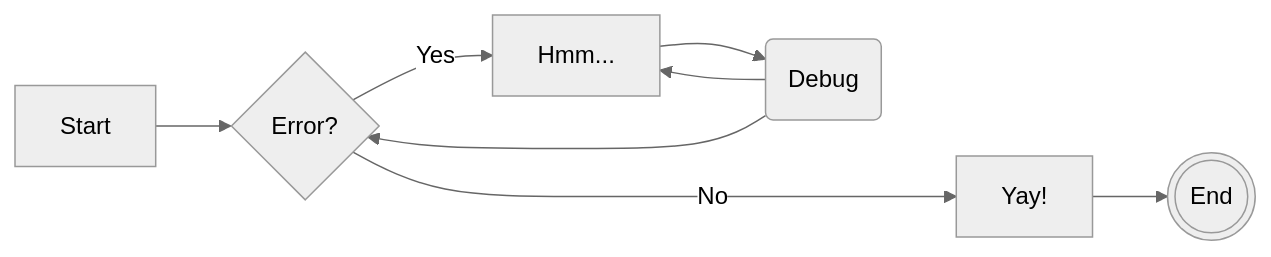
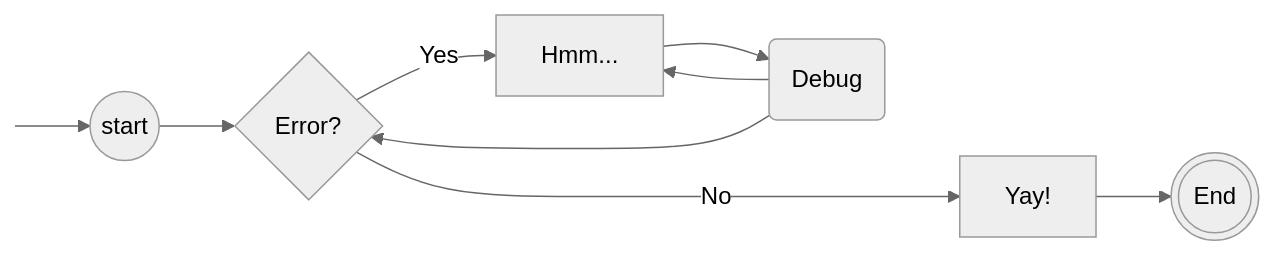
Before and after one commit to bananeira/projet-arctic: the diagram in docs/Contribute/02-script-structure.md, drawn with Mermaid (neutral theme). The commit also changed other lines of this file and 5 other files, not shown here.

````diff
--- a/docs/Contribute/02-script-structure.md
+++ b/docs/Contribute/02-script-structure.md
@@ -132,10 +135,13 @@
 ``` mermaid
-    graph LR
-        A[Start] --> B{Error?};
-        B -->|Yes| C[Hmm...];
-        C --> D(Debug);
-        D --> C;
-        D --> B;
-        B ---->|No| E[Yay!];
-        E --> F(((End)));
+graph LR
+  start:::hidden --> A((start))
+  A --> B{Error?};
+  B -->|Yes| C[Hmm...];
+  C --> D(Debug);
+  D --> C;
+  D --> B;
+  B ---->|No| E[Yay!];
+  E --> F(((End)));
+  
+  classDef hidden display: none;
 ```
````
